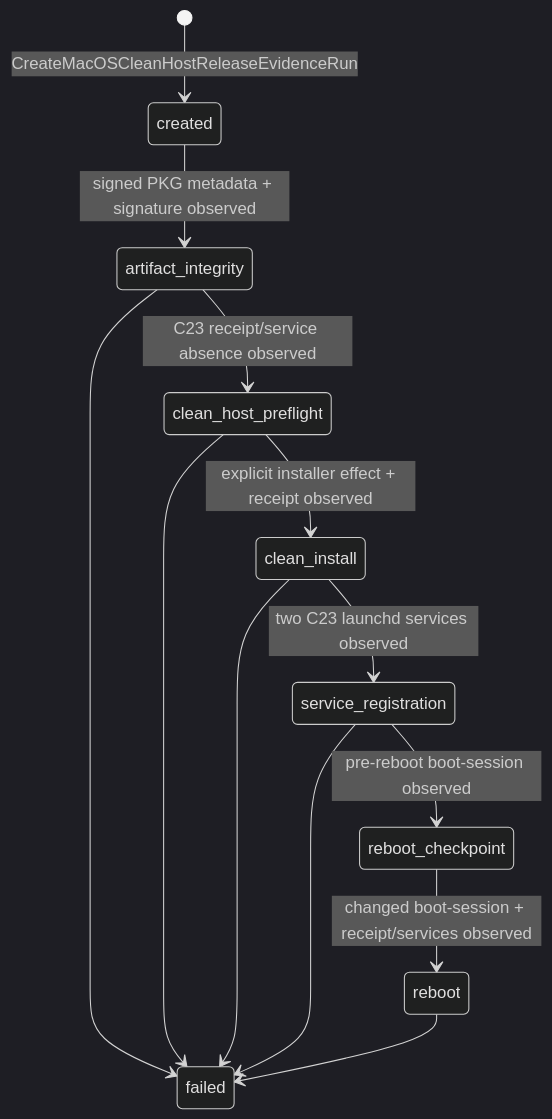
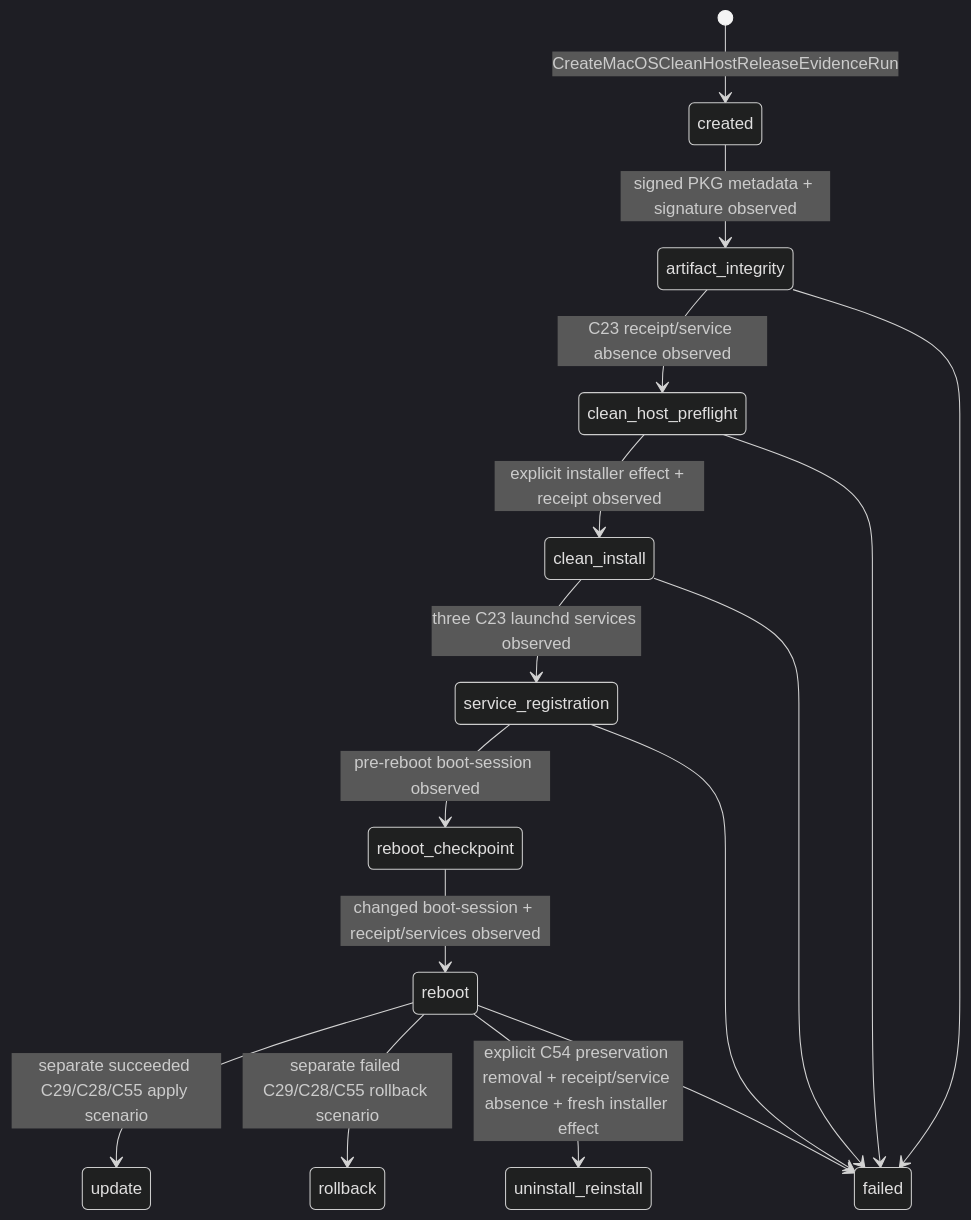
One commit to tirosh-chain/tirosh-vitalserver changed the diagram in docs/architecture/macos-clean-host-release-evidence-boundary.md. Above: the diagram before and after it, drawn with Mermaid (dark theme). The commit also changed other lines of this file and 664 other files, not shown here.

````diff
--- a/docs/architecture/macos-clean-host-release-evidence-boundary.md
+++ b/docs/architecture/macos-clean-host-release-evidence-boundary.md
@@ -60,16 +66,19 @@
 ```mermaid
 stateDiagram-v2
     [*] --> created: CreateMacOSCleanHostReleaseEvidenceRun
     created --> artifact_integrity: signed PKG metadata + signature observed
     artifact_integrity --> clean_host_preflight: C23 receipt/service absence observed
     clean_host_preflight --> clean_install: explicit installer effect + receipt observed
-    clean_install --> service_registration: two C23 launchd services observed
+    clean_install --> service_registration: three C23 launchd services observed
     service_registration --> reboot_checkpoint: pre-reboot boot-session observed
     reboot_checkpoint --> reboot: changed boot-session + receipt/services observed
+    reboot --> update: separate succeeded C29/C28/C55 apply scenario
+    reboot --> rollback: separate failed C29/C28/C55 rollback scenario
+    reboot --> uninstall_reinstall: explicit C54 preservation removal + receipt/service absence + fresh installer effect
 
     artifact_integrity --> failed
     clean_host_preflight --> failed
     clean_install --> failed
     service_registration --> failed
     reboot --> failed
 ```
````
